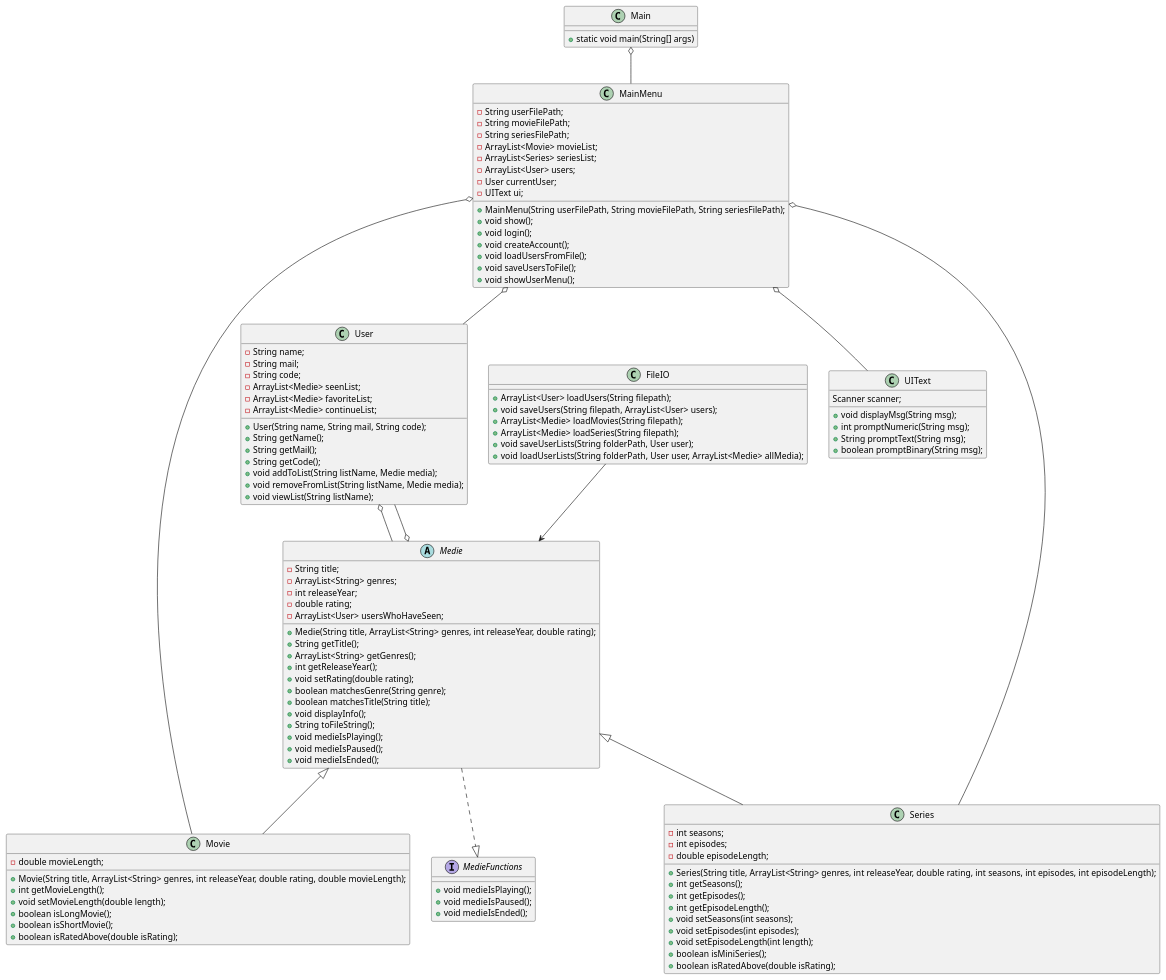
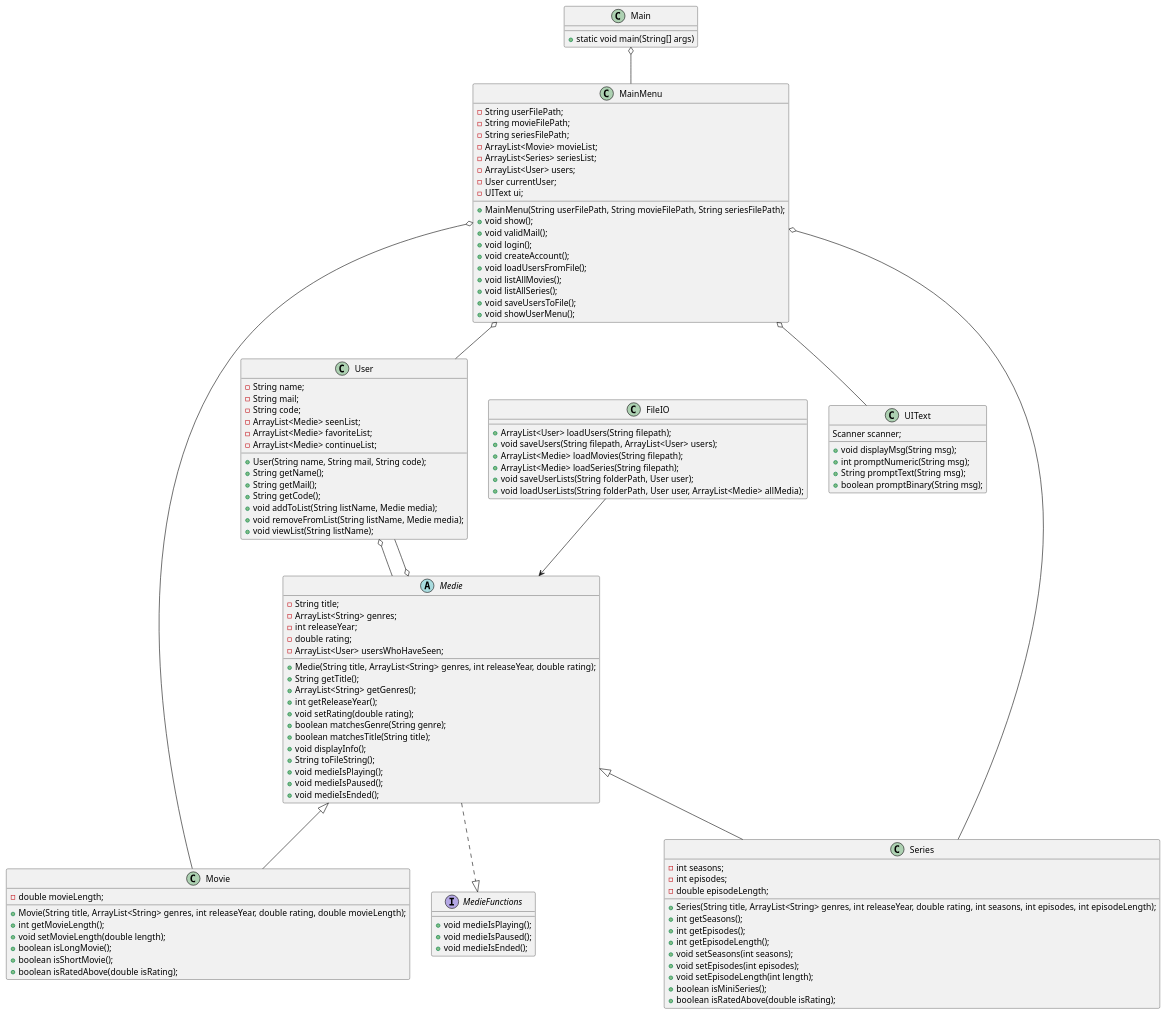
Before and after one commit to KhattabE/SP3: the diagram in doc/classdiagram_v1.puml, drawn with PlantUML.

Commit message:
updated the classdiagram so it fits the new mainmenu

```diff
--- a/doc/classdiagram_v1.puml
+++ b/doc/classdiagram_v1.puml
@@ -1,130 +1,133 @@
 @startuml
 'https://plantuml.com/class-diagram
 
 class Main{
     +static void main(String[] args)
 }
 
 class MainMenu {
     -String userFilePath;
     -String movieFilePath;
     -String seriesFilePath;
     + MainMenu(String userFilePath, String movieFilePath, String seriesFilePath);
     -ArrayList<Movie> movieList;
     -ArrayList<Series> seriesList;
     -ArrayList<User> users;
     -User currentUser;
     -UIText ui;
 
     +void show();
+    +void validMail();
     +void login();
     +void createAccount();
     +void loadUsersFromFile();
+    +void listAllMovies();
+    +void listAllSeries();
     +void saveUsersToFile();
     +void showUserMenu();
 }
 
 class UIText {
     Scanner scanner;
     +void displayMsg(String msg);
     +int promptNumeric(String msg);
     +String promptText(String msg);
     +boolean promptBinary(String msg);
 }
 
 class FileIO {
     +ArrayList<User> loadUsers(String filepath);
     +void saveUsers(String filepath, ArrayList<User> users);
     +ArrayList<Medie> loadMovies(String filepath);
     +ArrayList<Medie> loadSeries(String filepath);
     +void saveUserLists(String folderPath, User user);
     +void loadUserLists(String folderPath, User user, ArrayList<Medie> allMedia);
 }
 
 interface MedieFunctions {
     +void medieIsPlaying();
     +void medieIsPaused();
     +void medieIsEnded();
 }
 
 abstract class Medie {
     -String title;
     -ArrayList<String> genres;
     -int releaseYear;
     -double rating;
     -ArrayList<User> usersWhoHaveSeen;
 
     +Medie(String title, ArrayList<String> genres, int releaseYear, double rating);
     +String getTitle();
     +ArrayList<String> getGenres();
     +int getReleaseYear();
     +void setRating(double rating);
     +boolean matchesGenre(String genre);
     +boolean matchesTitle(String title);
     +void displayInfo();
     +String toFileString();
     +void medieIsPlaying();
     +void medieIsPaused();
     +void medieIsEnded();
 }
 
 class Movie {
     -double movieLength;
 
     +Movie(String title, ArrayList<String> genres, int releaseYear, double rating, double movieLength);
     +int getMovieLength();
     +void setMovieLength(double length);
     +boolean isLongMovie();
     +boolean isShortMovie();
     +boolean isRatedAbove(double isRating);
 }
 
 class Series {
     -int seasons;
     -int episodes;
     -double episodeLength;
     +Series(String title, ArrayList<String> genres, int releaseYear, double rating, int seasons, int episodes, int episodeLength);
     +int getSeasons();
     +int getEpisodes();
     +int getEpisodeLength();
     +void setSeasons(int seasons);
     +void setEpisodes(int episodes);
     +void setEpisodeLength(int length);
     +boolean isMiniSeries();
     +boolean isRatedAbove(double isRating);
 }
 
 class User {
     -String name;
     -String mail;
     -String code;
     -ArrayList<Medie> seenList;
     -ArrayList<Medie> favoriteList;
     -ArrayList<Medie> continueList;
     +User(String name, String mail, String code);
     +String getName();
     +String getMail();
     +String getCode();
     +void addToList(String listName, Medie media);
     +void removeFromList(String listName, Medie media);
     +void viewList(String listName);
 }
 
 ' IS-A relationships
 Medie <|-- Movie
 Medie <|-- Series
 Medie ..|> MedieFunctions
 
 ' HAS-A relationships
 MainMenu o-- User
 MainMenu o-- UIText
 MainMenu o-- Movie
 MainMenu o-- Series
 
 User o-- Medie
 Medie o-- User
 
 FileIO --> Medie
 Main o-- MainMenu
 
 @enduml
```
